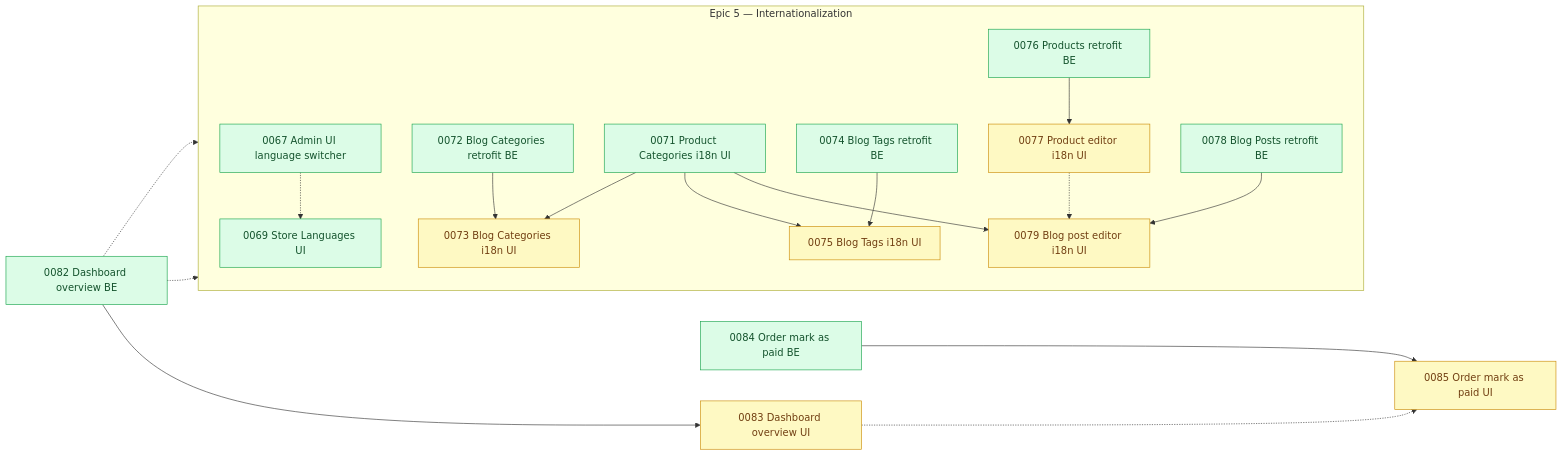
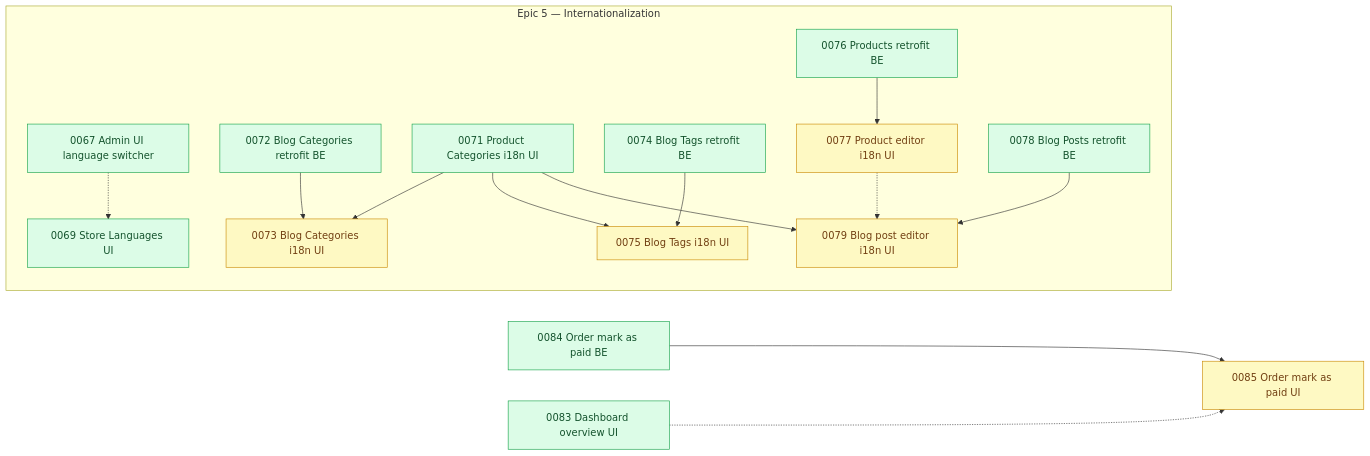
One commit to shojen/AI4Devs-finalproject changed the diagram in arospe/ai-spec/tasks-map.md. Above: the diagram before and after it, drawn with Mermaid. The commit also changed other lines of this file and 6 other files, not shown here.

````diff
--- a/arospe/ai-spec/tasks-map.md
+++ b/arospe/ai-spec/tasks-map.md
@@ -487,7 +498,7 @@
     %% Standalone (no PRD epic)
     P0084["0084 Order mark as paid BE"]
     P0085["0085 Order mark as paid UI"]
-    P0082["0082 Dashboard overview BE"]
+    %% (P0082's own node dropped: 0082 closed to done/ this pass, per the update at the top of this file.)
     P0083["0083 Dashboard overview UI"]
     %% (P0081's own node dropped: 0081 closed to done/ this pass, per the update at the top of this
     %% file. It had no incoming edge of its own -- no pending task named it as a depends_on blocker
@@ -556,12 +567,10 @@
     P0078 --> P0079
     P0071 --> P0079
     P0077 -.-> P0079
-    P0082 --> P0083
+    %% (P0082 --> P0083 and P0082 -.-> P0076/P0078 dropped: 0082 is done; 0083 is now ready.)
     P0084 --> P0085
     P0083 -.-> P0085
-    P0082 -.-> P0076
-    P0082 -.-> P0078
 
-    class P0073,P0075,P0077,P0079,P0083,P0085 pending;
-    class P0067,P0069,P0071,P0072,P0074,P0076,P0078,P0082,P0084 ready;
+    class P0073,P0075,P0077,P0079,P0085 pending;
+    class P0067,P0069,P0071,P0072,P0074,P0076,P0078,P0083,P0084 ready;
 ```
````
